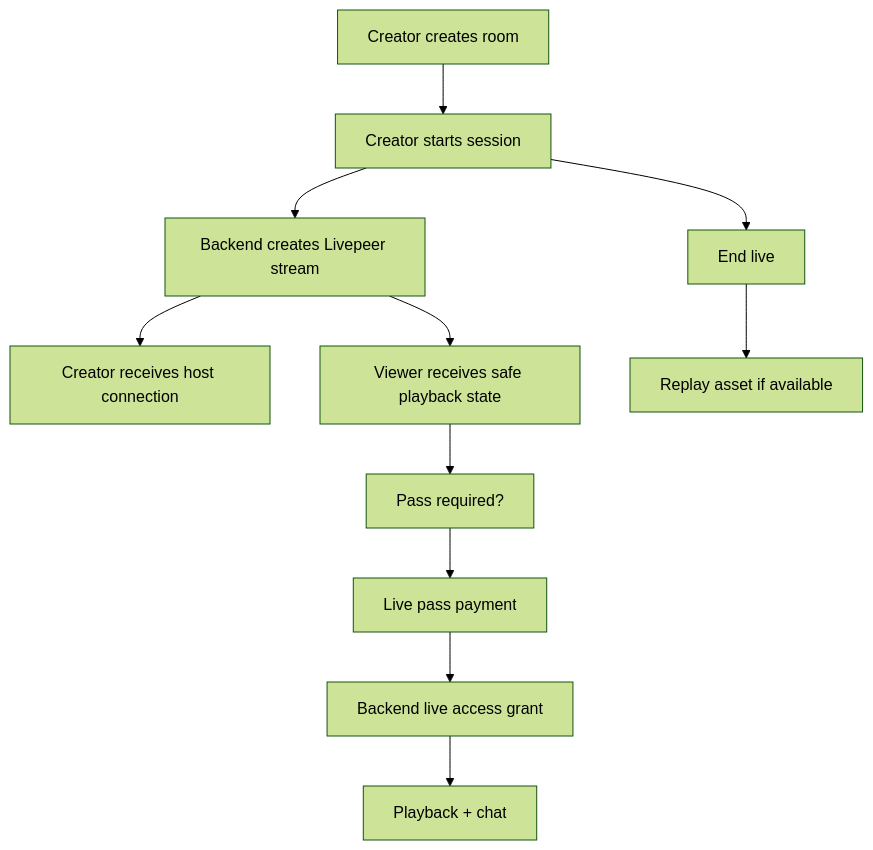
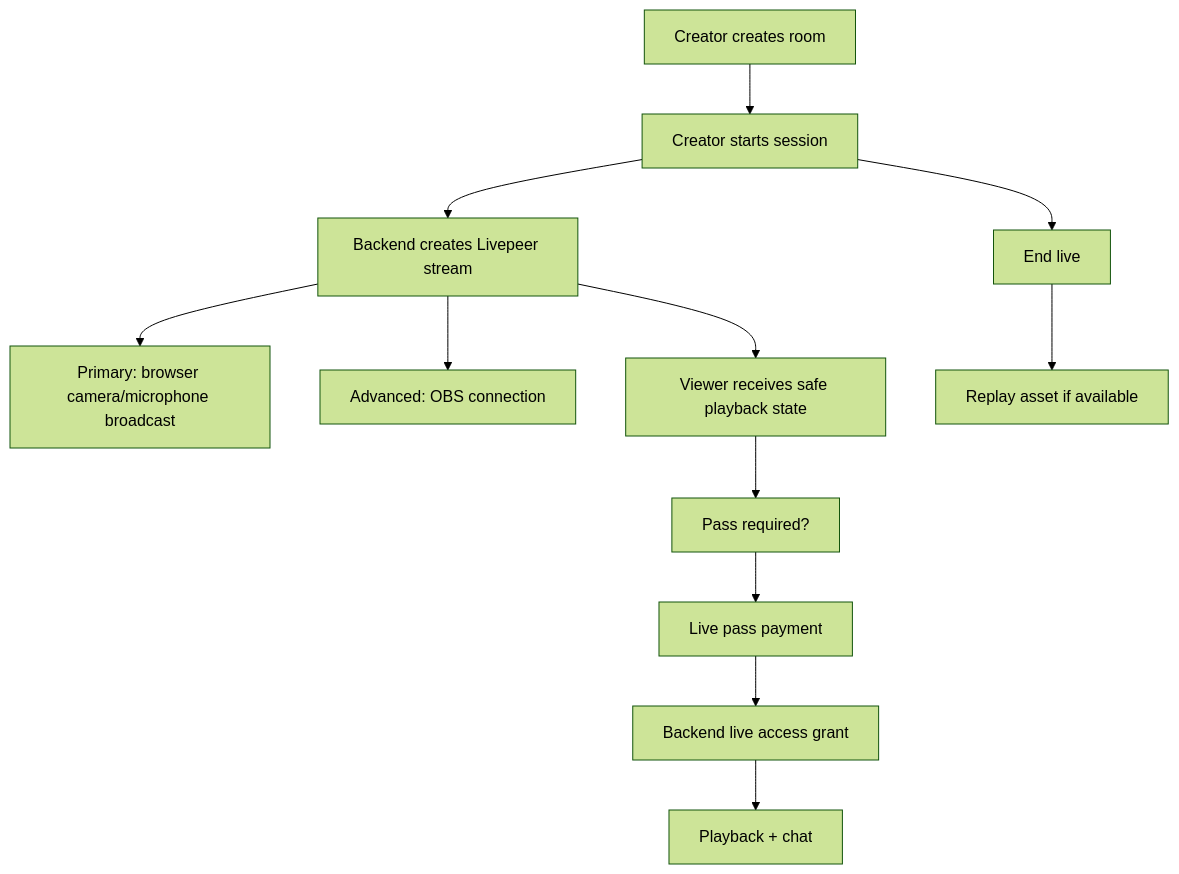
One commit to mariospeterman/VEEL-v2 changed the sixth of 6 diagrams in docs/v2-new-build/product-flows.md. Above: the diagram before and after it, drawn with Mermaid (forest theme). The commit also changed other lines of this file and 245 other files, not shown here.

````diff
--- a/docs/v2-new-build/product-flows.md
+++ b/docs/v2-new-build/product-flows.md
@@ -252,13 +264,14 @@
 ```mermaid
 flowchart TD
   CreateRoom["Creator creates room"] --> Start["Creator starts session"]
   Start --> Livepeer["Backend creates Livepeer stream"]
-  Livepeer --> Host["Creator receives host connection"]
+  Livepeer --> Camera["Primary: browser camera/microphone broadcast"]
+  Livepeer --> OBS["Advanced: OBS connection"]
   Livepeer --> Viewer["Viewer receives safe playback state"]
   Viewer --> Pass["Pass required?"]
   Pass --> Payment["Live pass payment"]
   Payment --> Access["Backend live access grant"]
   Access --> Chat["Playback + chat"]
   Start --> End["End live"]
   End --> Replay["Replay asset if available"]
 ```
````
